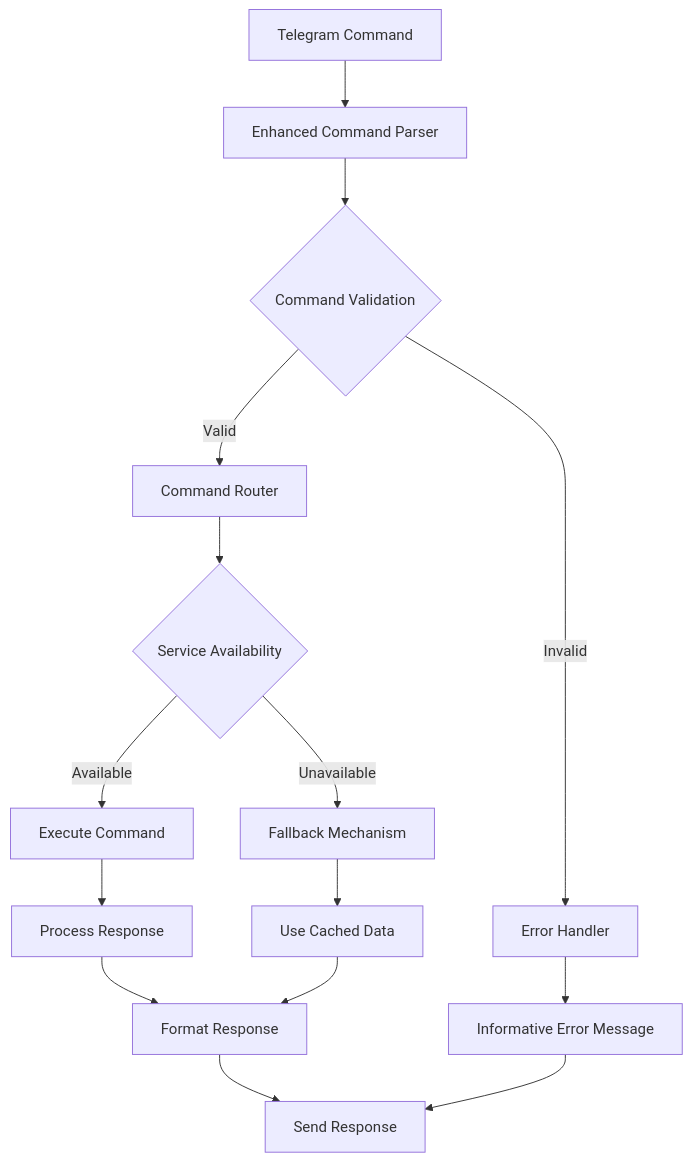
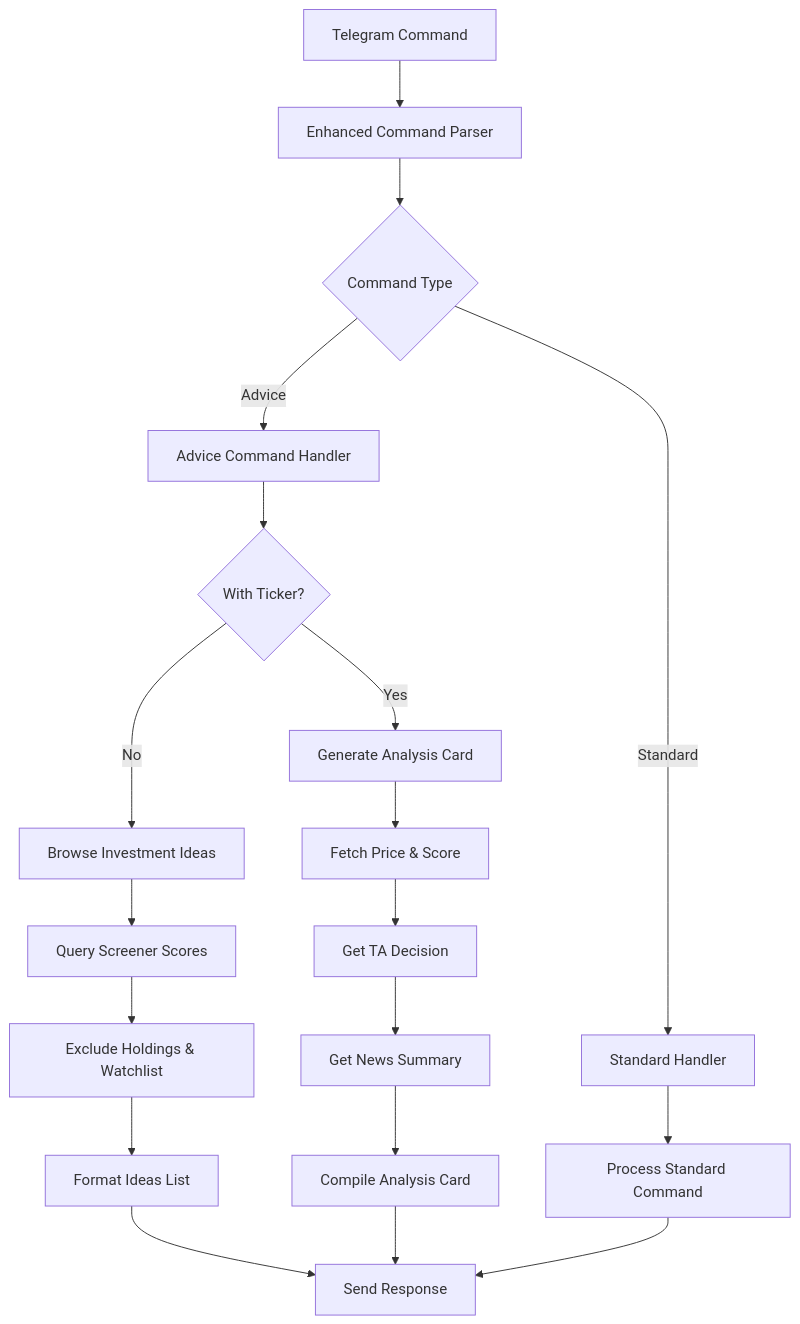
One commit to ZengSeng/telegram-bot changed the third of 9 diagrams in .qoder/repowiki/en/content/Core Components/Stock Trading Bot.md. Above: the diagram before and after it, drawn with Mermaid. The commit also changed other lines of this file and 8 other files, not shown here.

````diff
--- a/.qoder/repowiki/en/content/Core Components/Stock Trading Bot.md
+++ b/.qoder/repowiki/en/content/Core Components/Stock Trading Bot.md
@@ -381,17 +302,21 @@
 ```mermaid
 flowchart TD
 A[Telegram Command] --> B[Enhanced Command Parser]
-B --> C{Command Validation}
-C --> |Valid| D[Command Router]
-C --> |Invalid| E[Error Handler]
-D --> F{Service Availability}
-F --> |Available| G[Execute Command]
-F --> |Unavailable| H[Fallback Mechanism]
-G --> I[Process Response]
-H --> J[Use Cached Data]
-I --> K[Format Response]
-J --> K
-K --> L[Send Response]
-E --> M[Informative Error Message]
-M --> L
+B --> C{Command Type}
+C --> |Advice| D[Advice Command Handler]
+C --> |Standard| E[Standard Handler]
+D --> F{With Ticker?}
+F --> |Yes| G[Generate Analysis Card]
+F --> |No| H[Browse Investment Ideas]
+G --> I[Fetch Price & Score]
+H --> J[Query Screener Scores]
+I --> K[Get TA Decision]
+J --> L[Exclude Holdings & Watchlist]
+K --> M[Get News Summary]
+L --> N[Format Ideas List]
+M --> O[Compile Analysis Card]
+N --> P[Send Response]
+O --> P
+E --> Q[Process Standard Command]
+Q --> P
 ```
````
